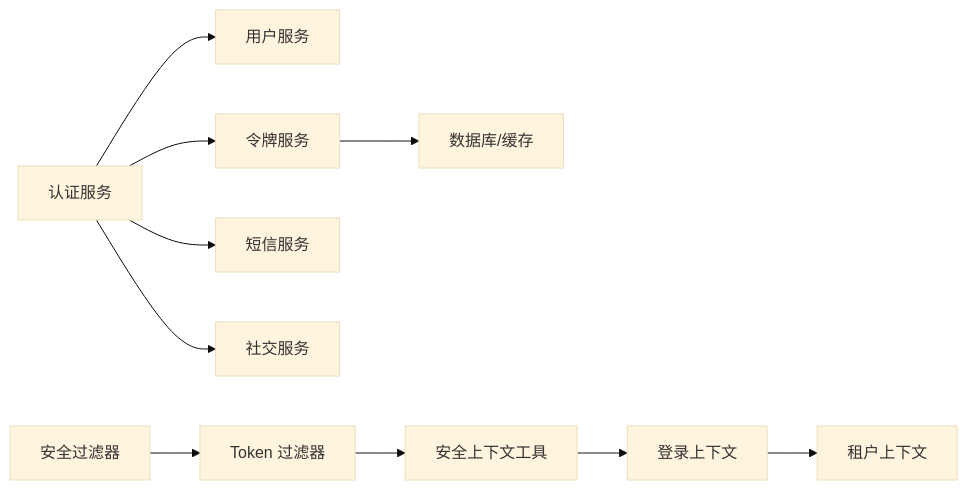
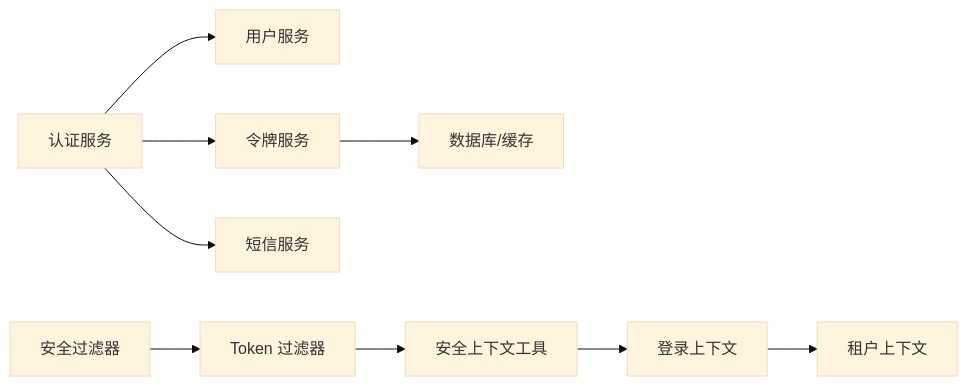
One commit to xiaoche80s-tech/rouyi-vue-pro changed the seventh of 7 diagrams in .qoder/repowiki/zh/content/安全认证/用户认证.md. Above: the diagram before and after it, drawn with Mermaid (base theme). The commit also changed other lines of this file and 515 other files, not shown here.

````diff
--- a/.qoder/repowiki/zh/content/安全认证/用户认证.md
+++ b/.qoder/repowiki/zh/content/安全认证/用户认证.md
@@ -340,12 +328,11 @@
 ```mermaid
 graph LR
 AUTH["认证服务"] --> USR["用户服务"]
 AUTH --> OAUTH["令牌服务"]
 AUTH --> SMS["短信服务"]
-AUTH --> SOCIAL["社交服务"]
 OAUTH --> DB["数据库/缓存"]
 SEC["安全过滤器"] --> TAF["Token 过滤器"]
 TAF --> SFU["安全上下文工具"]
 SFU --> CTX["登录上下文"]
 CTX --> TENANT["租户上下文"]
 ```
````
